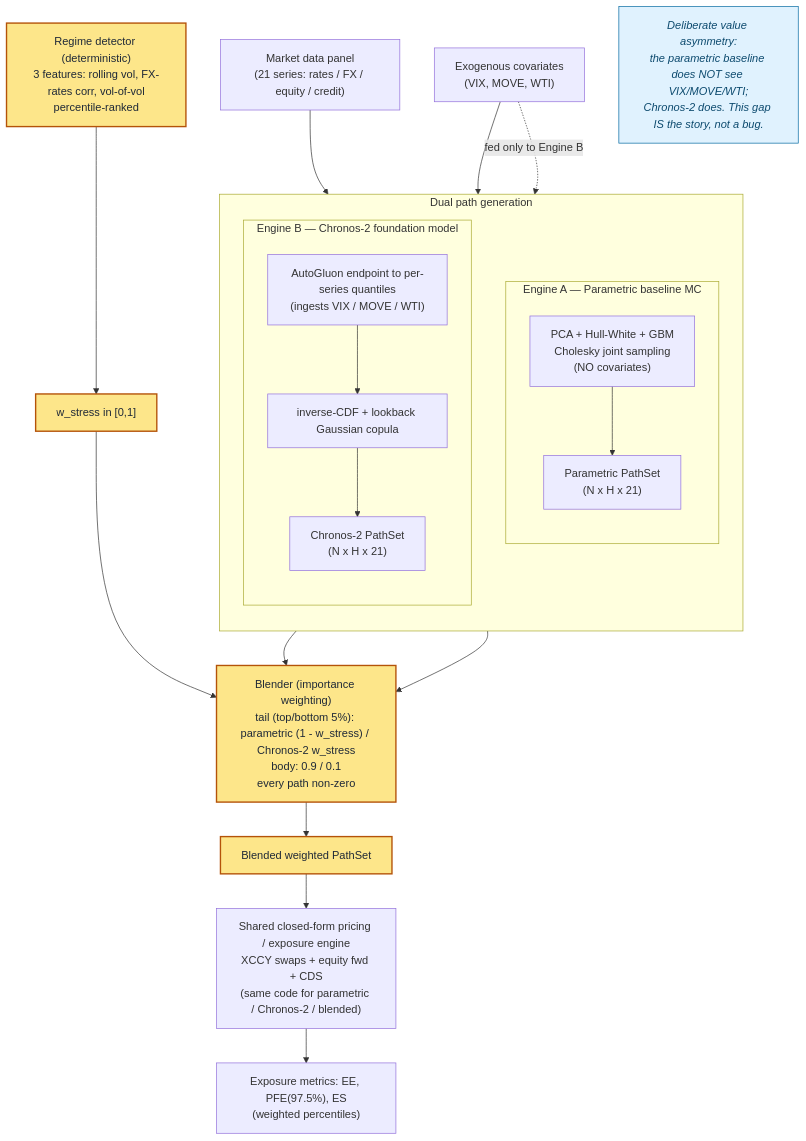
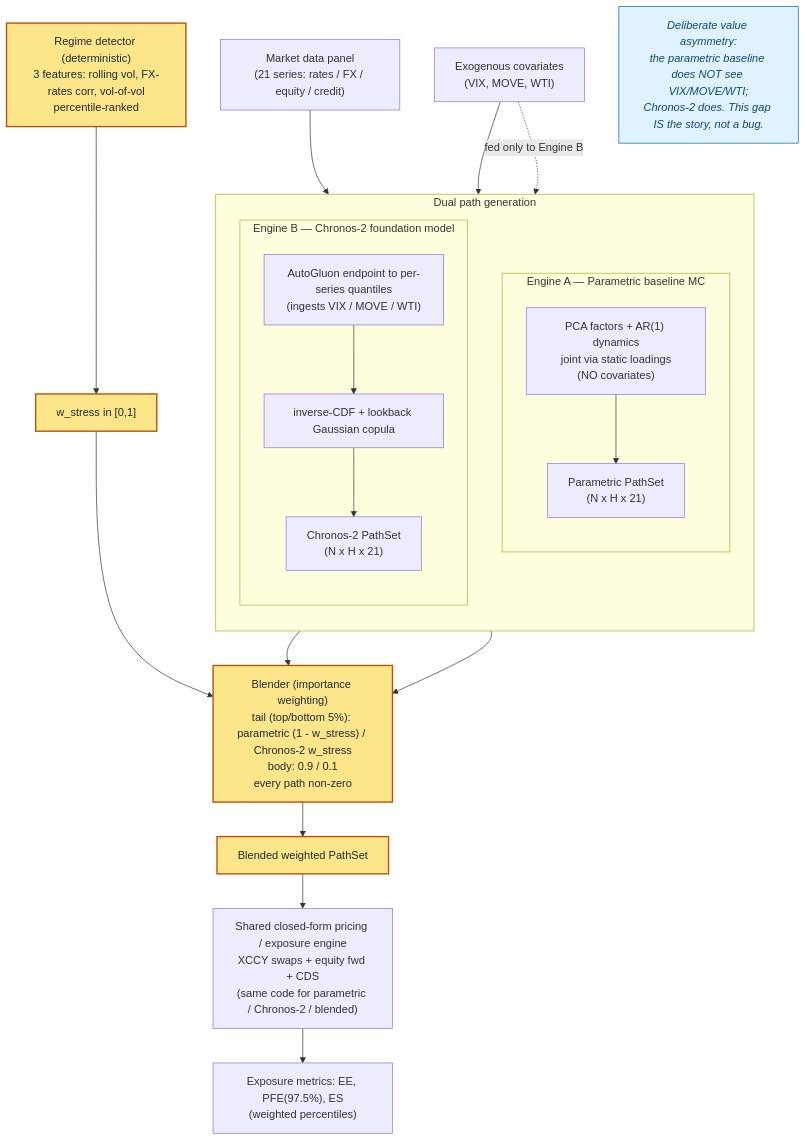
The first of 2 diagrams in docs/demo/app-flow.md (numerix-aws/chronos-2-demo), drawn with Mermaid before and after one commit. The commit also changed 11 other files, not shown here.

````diff
--- a/docs/demo/app-flow.md
+++ b/docs/demo/app-flow.md
@@ -9,51 +9,51 @@
 ```mermaid
 flowchart TD
     MKT["Market data panel<br/>(21 series: rates / FX / equity / credit)"]
     COV["Exogenous covariates<br/>(VIX, MOVE, WTI)"]
 
     MKT --> ENGINES
     COV --> ENGINES
 
     subgraph ENGINES["Dual path generation"]
         direction TB
         subgraph EA["Engine A — Parametric baseline MC"]
             direction TB
-            EA_DESC["PCA + Hull-White + GBM<br/>Cholesky joint sampling<br/>(NO covariates)"]
+            EA_DESC["PCA factors + AR(1) dynamics<br/>joint via static loadings<br/>(NO covariates)"]
             PARAM_PS["Parametric PathSet<br/>(N x H x 21)"]
             EA_DESC --> PARAM_PS
         end
         subgraph EB["Engine B — Chronos-2 foundation model"]
             direction TB
             EB_DESC["AutoGluon endpoint to per-series quantiles<br/>(ingests VIX / MOVE / WTI)"]
             EB_RECON["inverse-CDF + lookback Gaussian copula"]
             CHRONOS_PS["Chronos-2 PathSet<br/>(N x H x 21)"]
             EB_DESC --> EB_RECON --> CHRONOS_PS
         end
     end
 
     COV -. "fed only to Engine B" .-> EB
 
     REGIME["Regime detector (deterministic)<br/>3 features: rolling vol, FX-rates corr, vol-of-vol<br/>percentile-ranked"]
     WSTRESS["w_stress in [0,1]"]
     REGIME --> WSTRESS
 
     BLEND["Blender (importance weighting)<br/>tail (top/bottom 5%): parametric (1 - w_stress) / Chronos-2 w_stress<br/>body: 0.9 / 0.1<br/>every path non-zero"]
     BLENDED["Blended weighted PathSet"]
 
     PARAM_PS --> BLEND
     CHRONOS_PS --> BLEND
     WSTRESS --> BLEND
     BLEND --> BLENDED
 
     PRICING["Shared closed-form pricing / exposure engine<br/>XCCY swaps + equity fwd + CDS<br/>(same code for parametric / Chronos-2 / blended)"]
     METRICS["Exposure metrics: EE, PFE(97.5%), ES<br/>(weighted percentiles)"]
 
     BLENDED --> PRICING --> METRICS
 
     NOTE["Deliberate value asymmetry:<br/>the parametric baseline does NOT see VIX/MOVE/WTI;<br/>Chronos-2 does. This gap IS the story, not a bug."]
 
     classDef augLayer fill:#fde68a,stroke:#b45309,stroke-width:2px,color:#1f2937;
     classDef noteBox fill:#e0f2fe,stroke:#0369a1,stroke-width:1px,color:#0c4a6e,font-style:italic;
     class REGIME,WSTRESS,BLEND,BLENDED augLayer;
     class NOTE noteBox;
 ```
````
